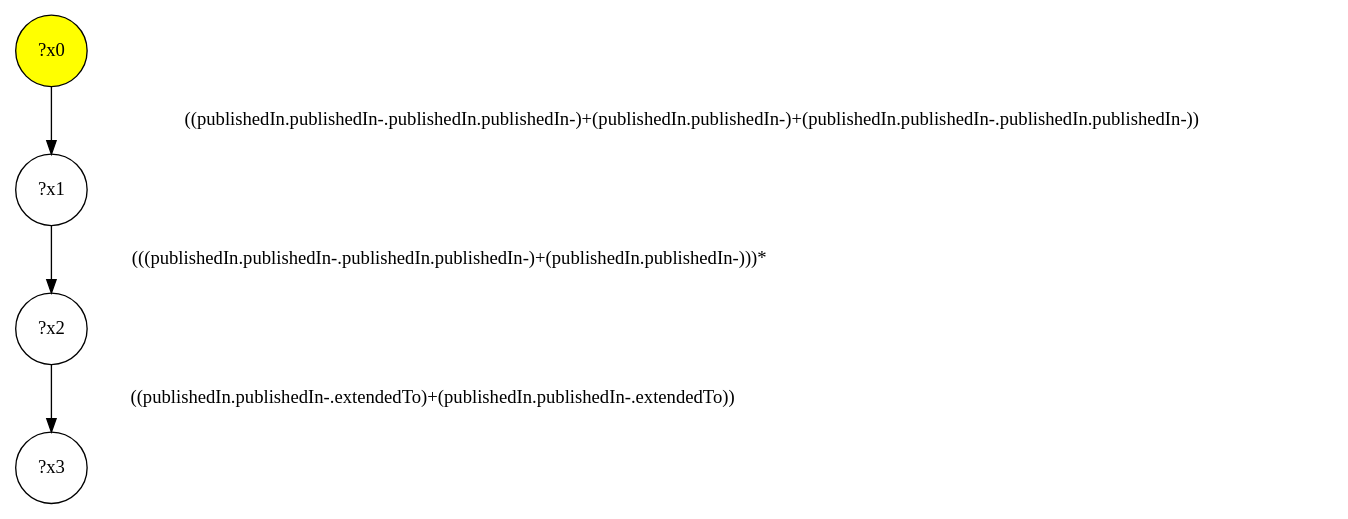
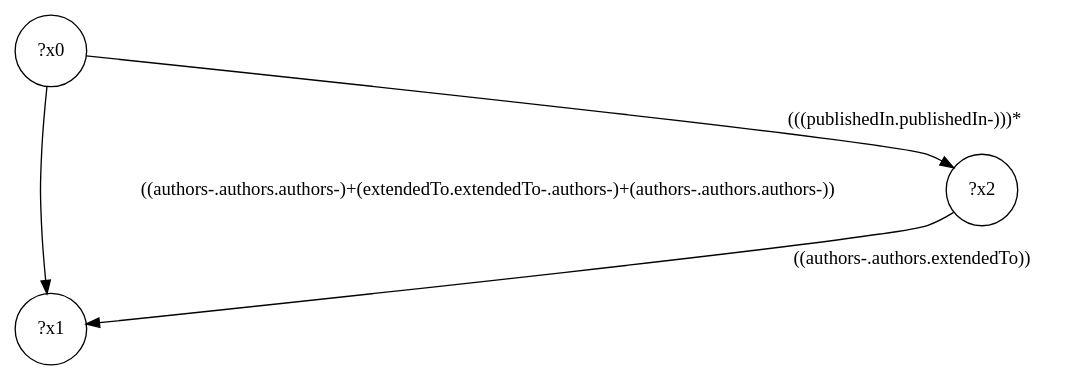
The diagram in src/queryinterface/interface-queries/query-9.dot (gbagan/gmark), drawn with Graphviz before and after one commit. The commit also changed 150 other files, not shown here.

```diff
--- a/src/queryinterface/interface-queries/query-9.dot
+++ b/src/queryinterface/interface-queries/query-9.dot
@@ -1,9 +1,8 @@
 digraph g {
-	x0 [fillcolor="yellow", style="filled," shape=circle, label="?x0"];
+	x0 [shape=circle, label="?x0"];
 	x1 [shape=circle, label="?x1"];
-	x0 -> x1 [label="((publishedIn.publishedIn-.publishedIn.publishedIn-)+(publishedIn.publishedIn-)+(publishedIn.publishedIn-.publishedIn.publishedIn-))"];
+	x0 -> x1 [label="((authors-.authors.authors-)+(extendedTo.extendedTo-.authors-)+(authors-.authors.authors-))"];
 	x2 [shape=circle, label="?x2"];
-	x1 -> x2 [label="(((publishedIn.publishedIn-.publishedIn.publishedIn-)+(publishedIn.publishedIn-)))*"];
-	x3 [shape=circle, label="?x3"];
-	x2 -> x3 [label="((publishedIn.publishedIn-.extendedTo)+(publishedIn.publishedIn-.extendedTo))"];
+	x0 -> x2 [label="(((publishedIn.publishedIn-)))*"];
+	x2 -> x1 [label="((authors-.authors.extendedTo))"];
 }
```
